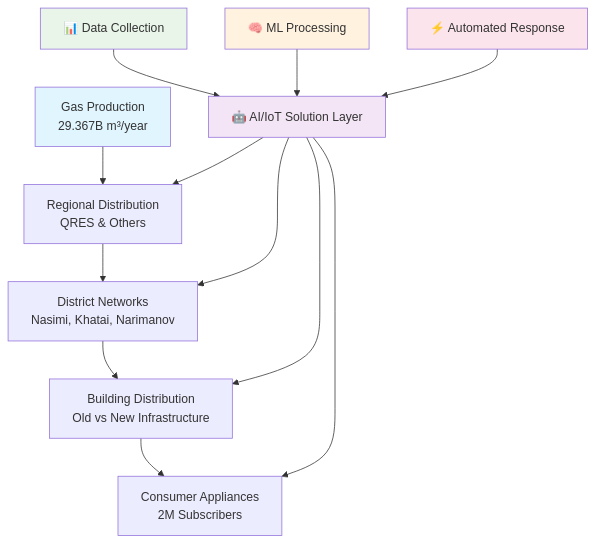
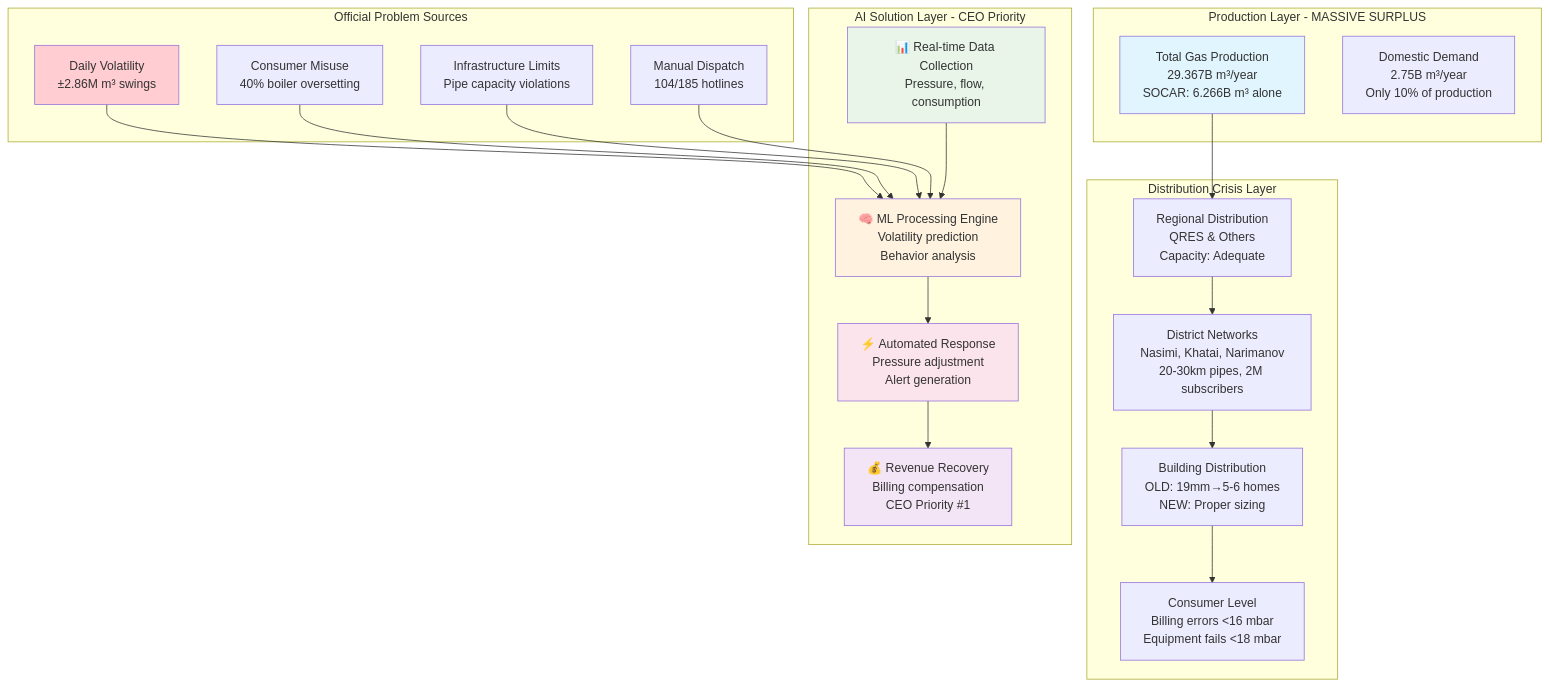
Before and after one commit to GameHelix/centipede: the first of 2 diagrams in problems.md, drawn with Mermaid. The commit also changed other lines of this file and 1 other file, not shown here.

````diff
--- a/problems.md
+++ b/problems.md
@@ -81,22 +135,49 @@
 ```mermaid
 graph TD
-    A[Gas Production<br/>29.367B m³/year] --> B[Regional Distribution<br/>QRES & Others]
-    B --> C[District Networks<br/>Nasimi, Khatai, Narimanov]
-    C --> D[Building Distribution<br/>Old vs New Infrastructure]
-    D --> E[Consumer Appliances<br/>2M Subscribers]
+    subgraph "Production Layer - MASSIVE SURPLUS"
+        A[Total Gas Production<br/>29.367B m³/year<br/>SOCAR: 6.266B m³ alone]
+        B[Domestic Demand<br/>2.75B m³/year<br/>Only 10% of production]
+    end
     
-    F[🤖 AI/IoT Solution Layer] --> B
-    F --> C
-    F --> D
-    F --> E
+    subgraph "Distribution Crisis Layer"
+        C[Regional Distribution<br/>QRES & Others<br/>Capacity: Adequate]
+        D[District Networks<br/>Nasimi, Khatai, Narimanov<br/>20-30km pipes, 2M subscribers]
+        E[Building Distribution<br/>OLD: 19mm→5-6 homes<br/>NEW: Proper sizing]
+        F[Consumer Level<br/>Billing errors <16 mbar<br/>Equipment fails <18 mbar]
+    end
     
-    G[📊 Data Collection] --> F
-    H[🧠 ML Processing] --> F
-    I[⚡ Automated Response] --> F
+    subgraph "AI Solution Layer - CEO Priority"
+        G[📊 Real-time Data Collection<br/>Pressure, flow, consumption]
+        H[🧠 ML Processing Engine<br/>Volatility prediction<br/>Behavior analysis]
+        I[⚡ Automated Response<br/>Pressure adjustment<br/>Alert generation]
+        J[💰 Revenue Recovery<br/>Billing compensation<br/>CEO Priority #1]
+    end
+    
+    subgraph "Official Problem Sources"
+        K[Daily Volatility<br/>±2.86M m³ swings]
+        L[Consumer Misuse<br/>40% boiler oversetting]
+        M[Infrastructure Limits<br/>Pipe capacity violations]
+        N[Manual Dispatch<br/>104/185 hotlines]
+    end
+    
+    A --> C
+    C --> D
+    D --> E
+    E --> F
+    
+    K --> H
+    L --> H
+    M --> H  
+    N --> H
+    
+    G --> H
+    H --> I
+    I --> J
     
     style A fill:#e1f5fe
-    style F fill:#f3e5f5
+    style J fill:#f3e5f5
     style G fill:#e8f5e8
     style H fill:#fff3e0
     style I fill:#fce4ec
+    style K fill:#ffcdd2
 ```
````
